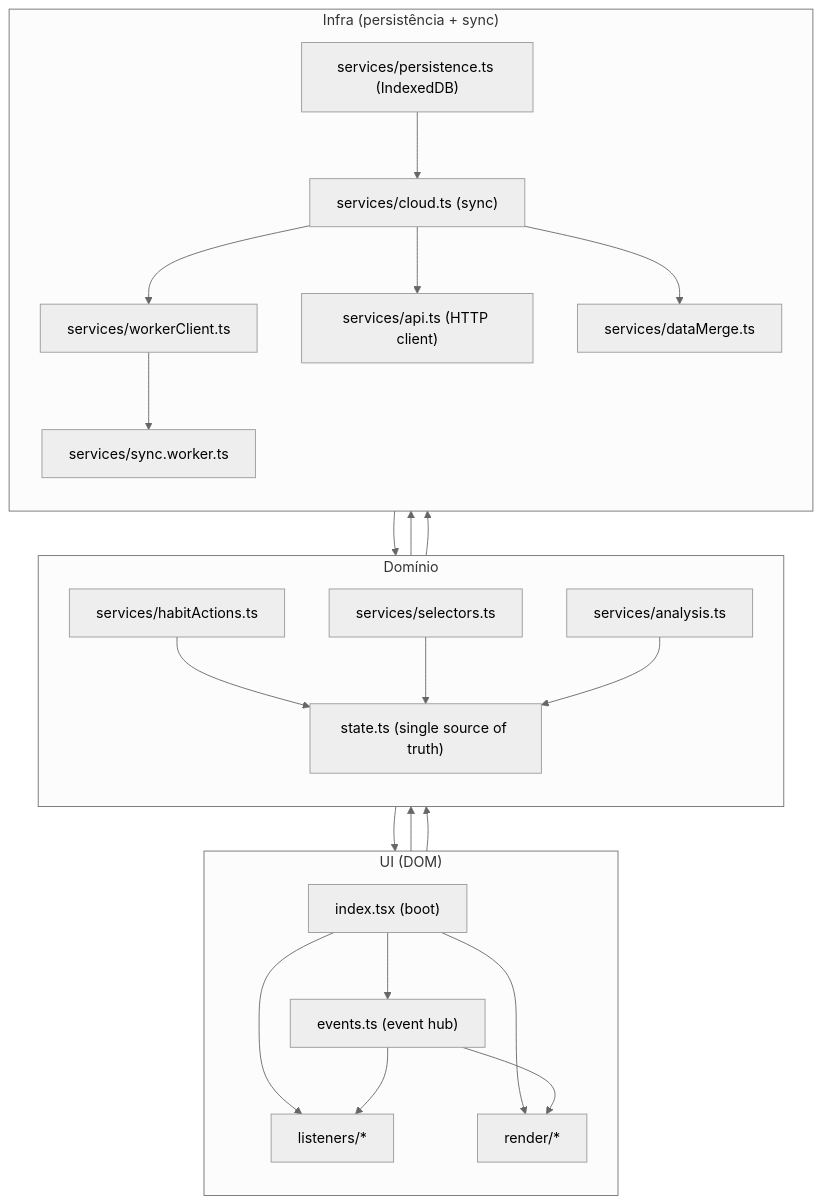
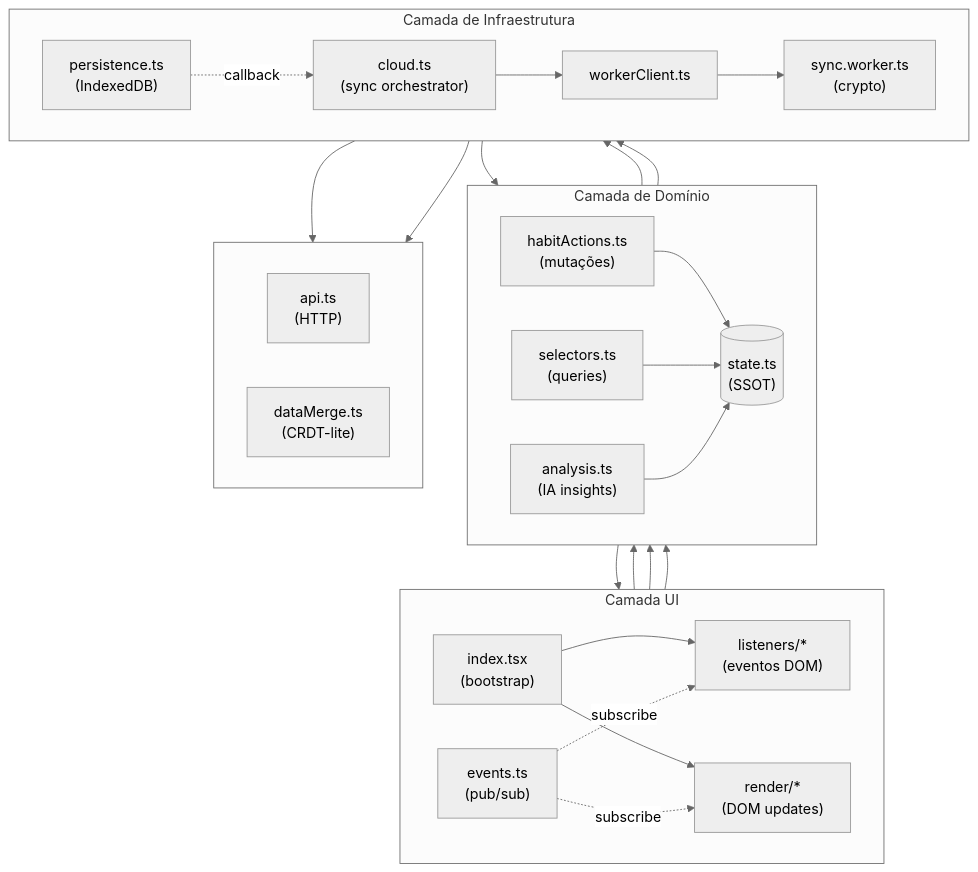
One commit to farifran/askesis changed the third of 18 diagrams in README.md. Above: the diagram before and after it, drawn with Mermaid (neutral theme). The commit also changed other lines of this file, not shown here.

Commit message:
Atualiza a seção de motivação no README para maior clareza e concisão, e melhora a formatação dos diagramas Mermaid.

````diff
--- a/README.md
+++ b/README.md
@@ -195,58 +193,65 @@
 ```mermaid
 flowchart TB
-  %% Layout em camadas (mais fácil de ler): UI -> Domínio -> Infra
-  subgraph UI["UI (DOM)"]
-    direction TB
-    IDX["index.tsx (boot)"]
-    LISTEN["listeners/*"]
-    RENDER["render/*"]
-    EVENTS["events.ts (event hub)"]
+  %% Layout em camadas: UI → Domínio → Infra (fluxo vertical sem cruzamentos)
+
+  subgraph UI["Camada UI"]
+    direction LR
+    IDX["index.tsx\n(bootstrap)"]
+    LISTEN["listeners/*\n(eventos DOM)"]
+    RENDER["render/*\n(DOM updates)"]
+    EVENTS["events.ts\n(pub/sub)"]
   end
 
-  subgraph DOMAIN["Domínio"]
-    direction TB
-    ACTIONS["services/habitActions.ts"]
-    SELECTORS["services/selectors.ts"]
-    ANALYSIS["services/analysis.ts"]
-    STATE["state.ts (single source of truth)"]
+  subgraph DOMAIN["Camada de Domínio"]
+    direction LR
+    ACTIONS["habitActions.ts\n(mutações)"]
+    SELECTORS["selectors.ts\n(queries)"]
+    ANALYSIS["analysis.ts\n(IA insights)"]
+    STATE[("state.ts\n(SSOT)")]
   end
 
-  subgraph INFRA["Infra (persistência + sync)"]
-    direction TB
-    PERSIST["services/persistence.ts (IndexedDB)"]
-    CLOUD["services/cloud.ts (sync)"]
-    WRPC["services/workerClient.ts"]
-    WORKER["services/sync.worker.ts"]
-    API["services/api.ts (HTTP client)"]
-    MERGE["services/dataMerge.ts"]
+  subgraph INFRA["Camada de Infraestrutura"]
+    direction LR
+    PERSIST["persistence.ts\n(IndexedDB)"]
+    CLOUD["cloud.ts\n(sync orchestrator)"]
+    WRPC["workerClient.ts"]
+    WORKER["sync.worker.ts\n(crypto)"]
   end
 
-  %% Boot / UI
+  subgraph INFRA_AUX[" "]
+    direction LR
+    API["api.ts\n(HTTP)"]
+    MERGE["dataMerge.ts\n(CRDT-lite)"]
+  end
+
+  %% === Boot ===
   IDX --> LISTEN
   IDX --> RENDER
-  IDX --> EVENTS
 
-  %% Domínio
+  %% === UI → Domínio ===
   LISTEN --> ACTIONS
+  LISTEN --> ANALYSIS
   RENDER --> SELECTORS
 
+  %% === Domínio → State ===
   ACTIONS --> STATE
   SELECTORS --> STATE
   ANALYSIS --> STATE
 
-  %% Persistência + Sync
+  %% === Persistência ===
   ACTIONS --> PERSIST
   PERSIST --> STATE
-  PERSIST --> CLOUD
+  PERSIST -.->|callback| CLOUD
 
-  %% Eventos globais (UI plumbing)
+  %% === Event Bus (publish/subscribe) ===
   ACTIONS --> EVENTS
-  EVENTS --> RENDER
-  EVENTS --> LISTEN
+  EVENTS -.->|subscribe| RENDER
+  EVENTS -.->|subscribe| LISTEN
 
-  %% Worker / Cloud
+  %% === Sync Pipeline ===
   ANALYSIS --> CLOUD
-  CLOUD --> WRPC --> WORKER
+  CLOUD --> WRPC
+  WRPC --> WORKER
   CLOUD --> API
   CLOUD --> MERGE
 ```
````
